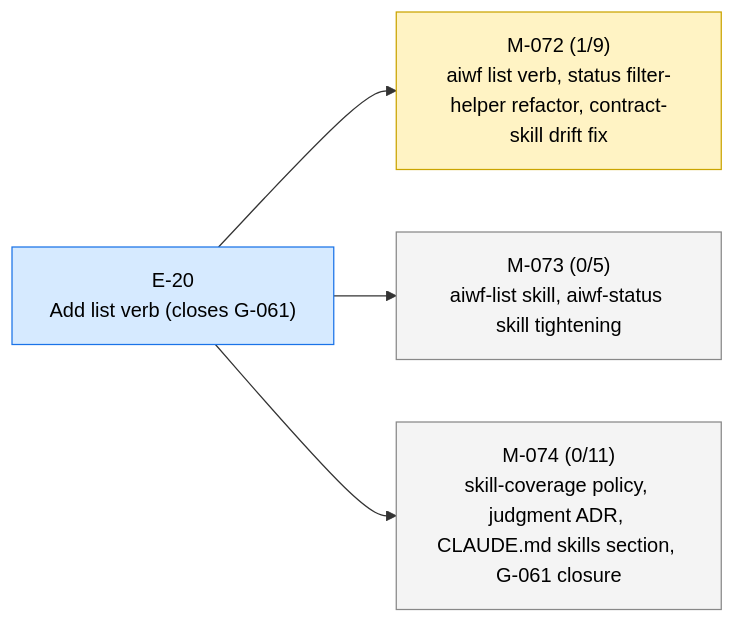
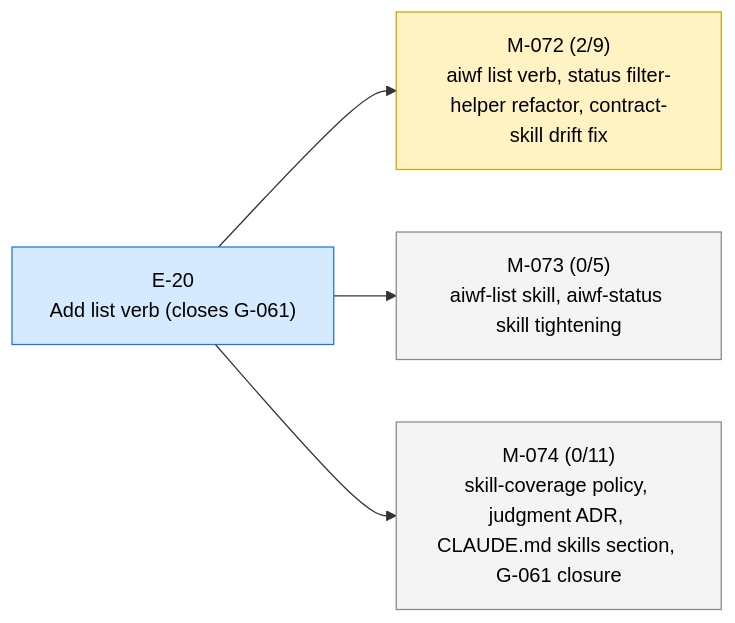
The first of 2 diagrams in STATUS.md (23min/aiwf), drawn with Mermaid before and after one commit. The commit also changed other lines of this file and 1 other file, not shown here.

First line of the commit message:
aiwf promote M-072/AC-9 open -> met

````diff
--- a/STATUS.md
+++ b/STATUS.md
@@ -13,16 +13,16 @@
 ```mermaid
 flowchart LR
   E_20["E-20<br/>Add list verb (closes G-061)"]:::epic_active
-  M_072["M-072 (1/9)<br/>aiwf list verb, status filter-helper refactor, contract-skill drift fix"]:::ms_in_progress
+  M_072["M-072 (2/9)<br/>aiwf list verb, status filter-helper refactor, contract-skill drift fix"]:::ms_in_progress
   E_20 --> M_072
   M_073["M-073 (0/5)<br/>aiwf-list skill, aiwf-status skill tightening"]:::ms_draft
   E_20 --> M_073
   M_074["M-074 (0/11)<br/>skill-coverage policy, judgment ADR, CLAUDE.md skills section, G-061 closure"]:::ms_draft
   E_20 --> M_074
   classDef epic_active fill:#d6eaff,stroke:#1a73e8,color:#000
   classDef epic_proposed fill:#f4f4f4,stroke:#888,color:#000
   classDef ms_done fill:#d8f5d8,stroke:#2a8a2a,color:#000
   classDef ms_in_progress fill:#fff3c4,stroke:#caa400,color:#000
   classDef ms_draft fill:#f4f4f4,stroke:#888,color:#000
   classDef ms_cancelled fill:#fbeaea,stroke:#c33,color:#000
 ```
````
